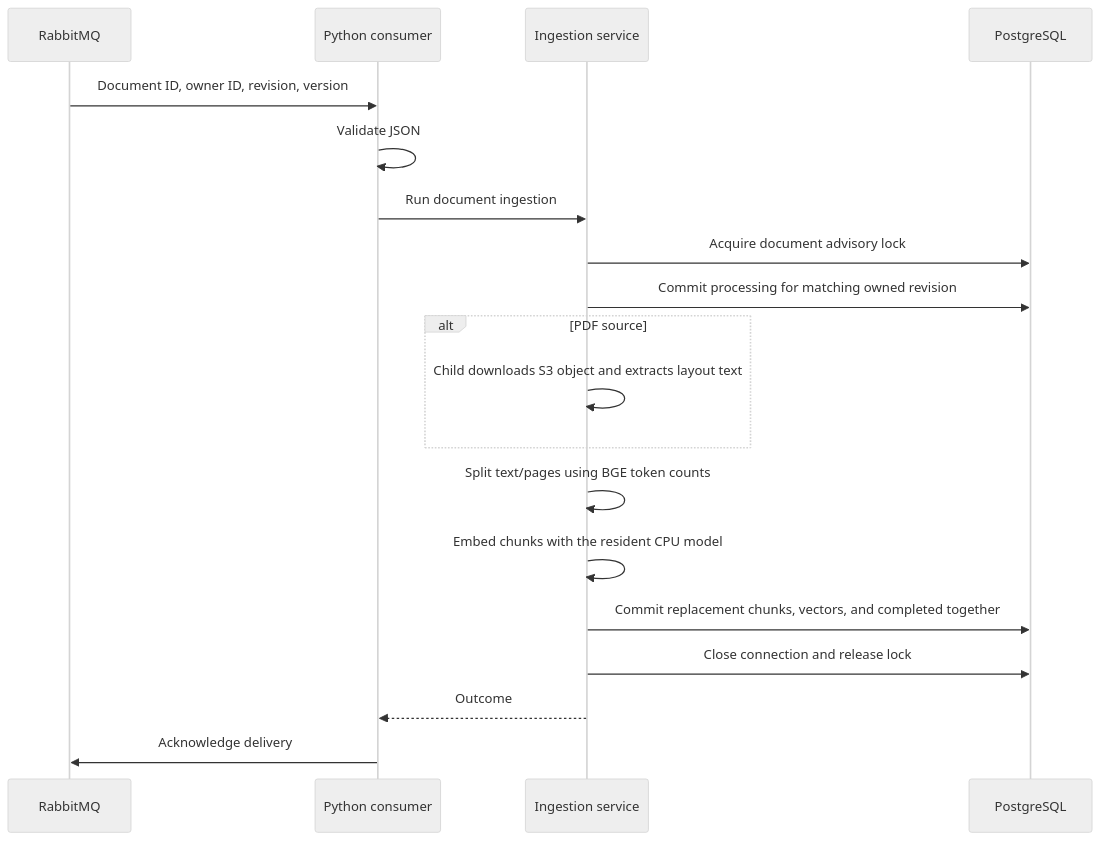
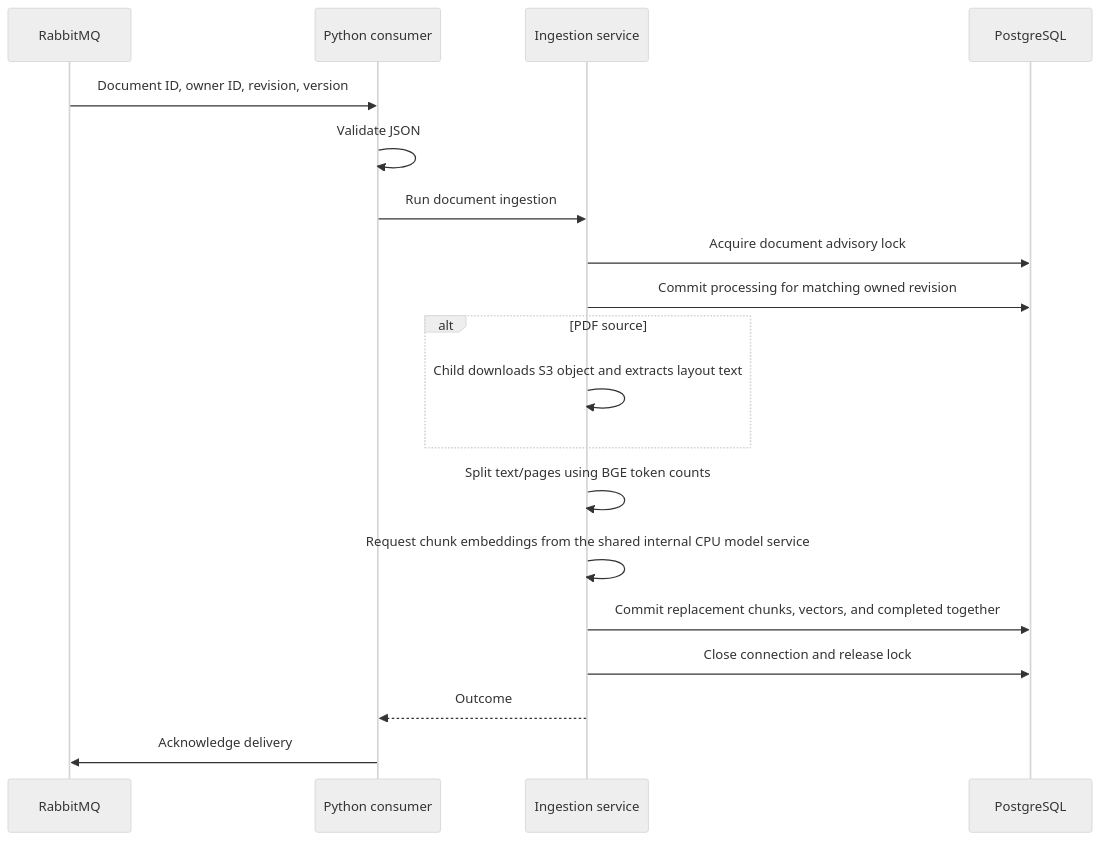
Before and after one commit to filipe-mendes-dev/ragnarok: the first of 2 diagrams in docs/architecture.md, drawn with Mermaid (neutral theme). The commit also changed other lines of this file and 4 other files, not shown here.

Commit message:
feat: enhance README and documentation to reflect shared embedding service integration, semantic retrieval implementation, and updated architecture details for improved clarity and usability

````diff
--- a/docs/architecture.md
+++ b/docs/architecture.md
@@ -416,21 +419,21 @@
 ```mermaid
 sequenceDiagram
     participant Q as RabbitMQ
     participant W as Python consumer
     participant S as Ingestion service
     participant DB as PostgreSQL
     Q->>W: Document ID, owner ID, revision, version
     W->>W: Validate JSON
     W->>S: Run document ingestion
     S->>DB: Acquire document advisory lock
     S->>DB: Commit processing for matching owned revision
     alt PDF source
         S->>S: Child downloads S3 object and extracts layout text
     end
     S->>S: Split text/pages using BGE token counts
-    S->>S: Embed chunks with the resident CPU model
+    S->>S: Request chunk embeddings from the shared internal CPU model service
     S->>DB: Commit replacement chunks, vectors, and completed together
     S->>DB: Close connection and release lock
     S-->>W: Outcome
     W->>Q: Acknowledge delivery
 ```
````
